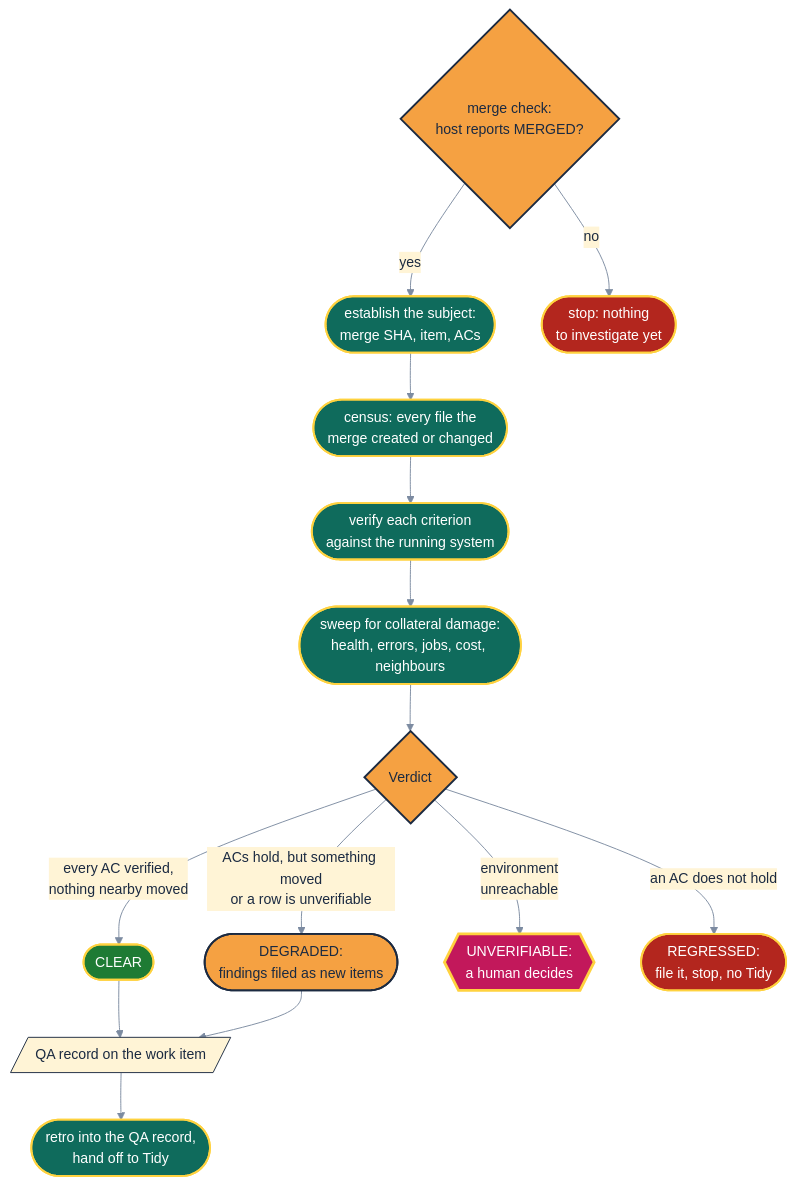
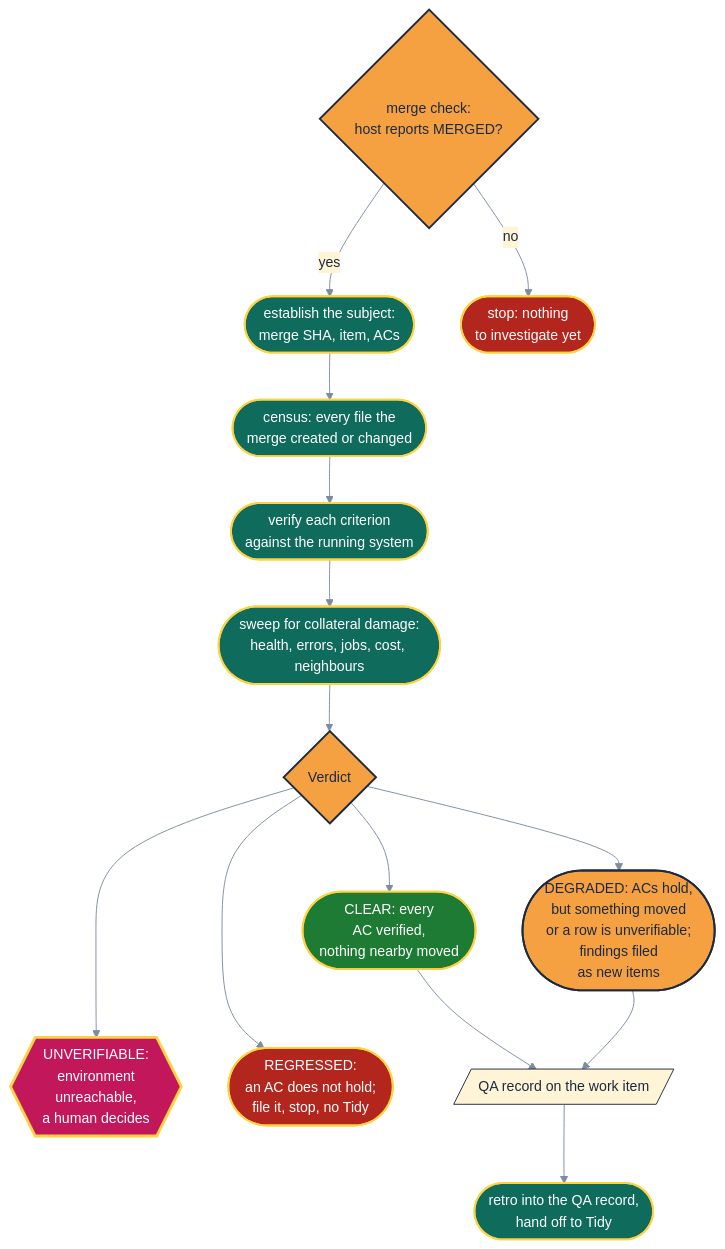
One commit to RubberDuckEngineering/ai-did-it changed the seventh of 8 diagrams in docs/stages.md. Above: the diagram before and after it, drawn with Mermaid. The commit also changed other lines of this file and 16 other files, not shown here.

````diff
--- a/docs/stages.md
+++ b/docs/stages.md
@@ -295,23 +300,25 @@
 ```mermaid
-%%{init: {"theme": "base", "themeVariables": {"fontSize": "15px", "primaryColor": "#FFF4D6", "primaryTextColor": "#1B2A41", "primaryBorderColor": "#1B2A41", "textColor": "#1B2A41", "lineColor": "#7C8BA1", "edgeLabelBackground": "#FFF4D6", "clusterBkg": "#1B2A41", "clusterBorder": "#FFD23F", "titleColor": "#FFD23F"}}}%%
+%%{init: {"theme": "base", "themeVariables": {"fontSize": "15px", "primaryColor": "#FFF4D6", "primaryTextColor": "#1B2A41", "primaryBorderColor": "#1B2A41", "textColor": "#1B2A41", "lineColor": "#7C8BA1", "edgeLabelBackground": "#FFF4D6", "clusterBkg": "#1B2A41", "clusterBorder": "#FFD23F", "titleColor": "#FFD23F"}, "flowchart": {"diagramPadding": 8}}}%%
 flowchart TB
     M{"merge check:<br/>host reports MERGED?"}:::gate -->|"yes"| SUB(["establish the subject:<br/>merge SHA, item, ACs"]):::link
     M -->|"no"| NM(["stop: nothing<br/>to investigate yet"]):::stop
     SUB --> CEN(["census: every file the<br/>merge created or changed"]):::link
     CEN --> AC(["verify each criterion<br/>against the running system"]):::link
     AC --> COL(["sweep for collateral damage:<br/>health, errors, jobs, cost, neighbours"]):::link
     COL --> V{"Verdict"}:::gate
-    V -->|"every AC verified,<br/>nothing nearby moved"| CLEAR(["CLEAR"]):::ok
-    V -->|"ACs hold, but something moved<br/>or a row is unverifiable"| DEG(["DEGRADED:<br/>findings filed as new items"]):::gate
-    V -->|"environment<br/>unreachable"| UNV{{"UNVERIFIABLE:<br/>a human decides"}}:::human
-    V -->|"an AC does not hold"| REG(["REGRESSED:<br/>file it, stop, no Tidy"]):::stop
+    V --> CLEAR(["CLEAR: every<br/>AC verified,<br/>nothing nearby moved"]):::ok
+    V --> DEG(["DEGRADED: ACs hold,<br/>but something moved<br/>or a row is unverifiable;<br/>findings filed<br/>as new items"]):::gate
+    V --> UNV{{"UNVERIFIABLE:<br/>environment<br/>unreachable,<br/>a human decides"}}:::human
+    V --> REG(["REGRESSED:<br/>an AC does not hold;<br/>file it, stop, no Tidy"]):::stop
+    CLEAR ~~~ UNV
+    DEG ~~~ REG
     CLEAR --> QA[/"QA record on the work item"/]:::note
     DEG --> QA
     QA --> TIDY(["retro into the QA record,<br/>hand off to Tidy"]):::link
     classDef link fill:#0F6B5C,color:#FFFFFF,stroke:#FFD23F,stroke-width:2px
     classDef gate fill:#F5A142,color:#1B2A41,stroke:#1B2A41,stroke-width:2px
     classDef human fill:#C2185B,color:#FFFFFF,stroke:#FFD23F,stroke-width:3px
     classDef stop fill:#B3261E,color:#FFFFFF,stroke:#FFD23F,stroke-width:2px
     classDef ok fill:#1E7B34,color:#FFFFFF,stroke:#FFD23F,stroke-width:2px
     classDef note fill:#FFF4D6,color:#1B2A41,stroke:#1B2A41,stroke-width:1px
 ```
````
